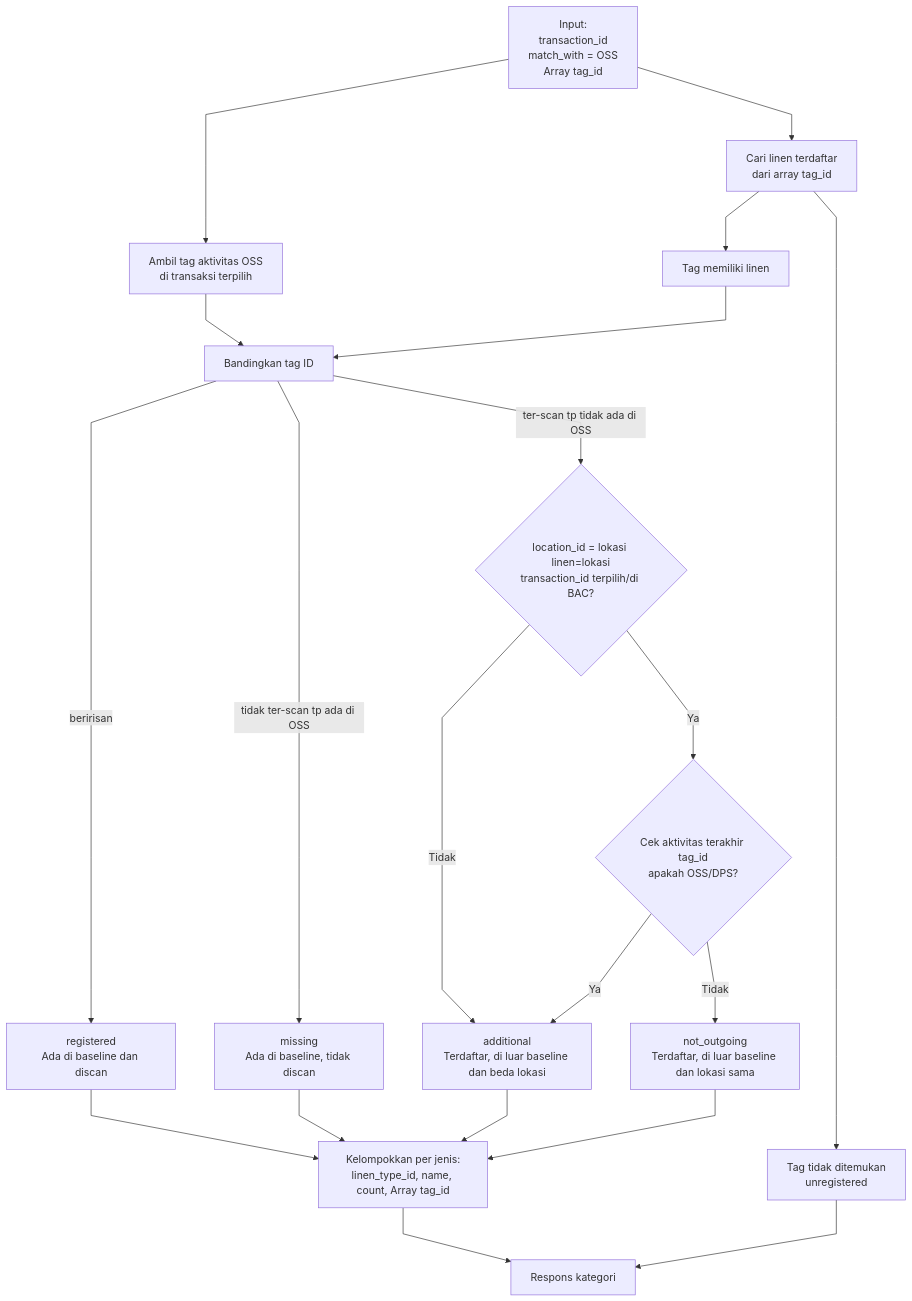
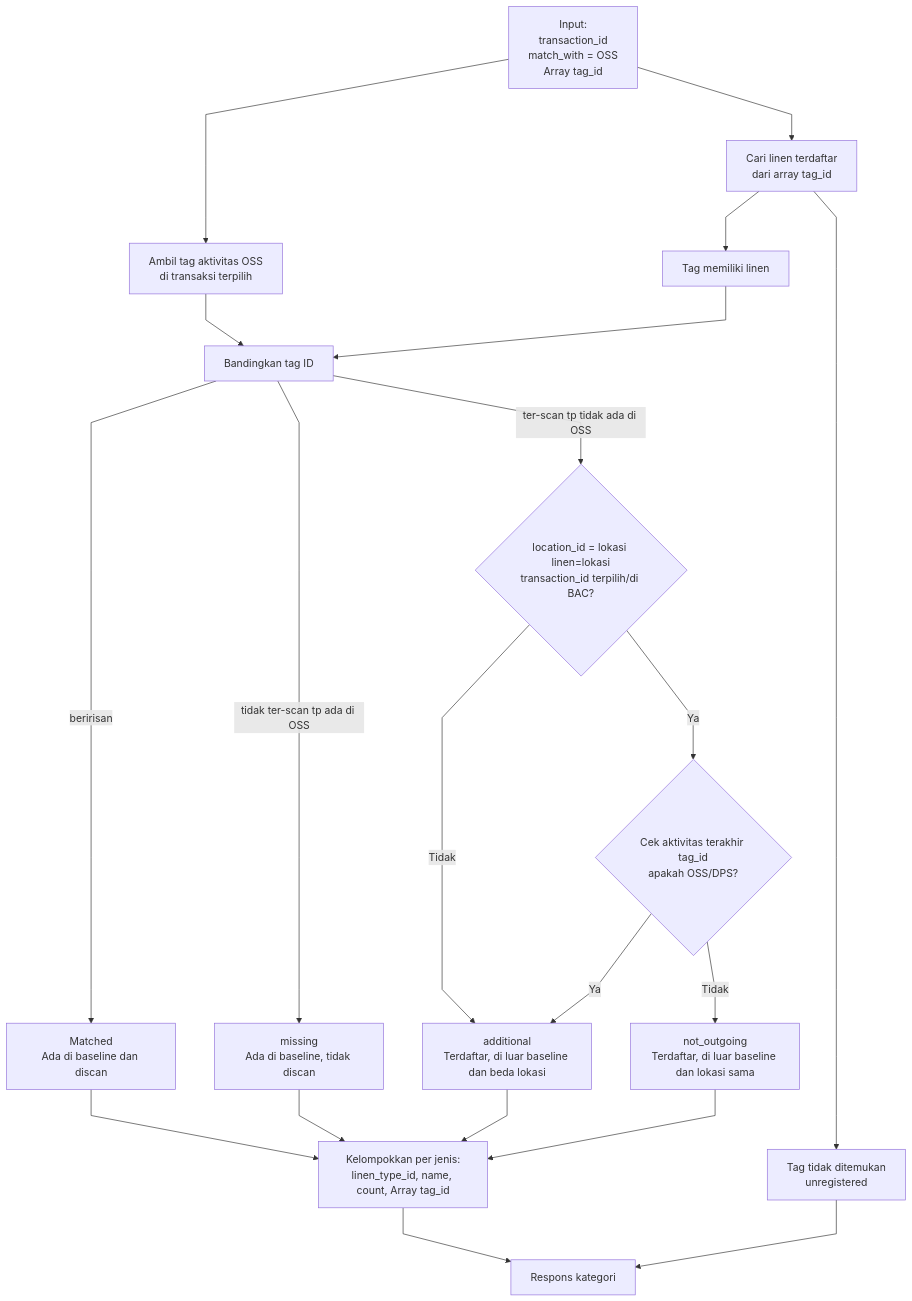
Before and after one commit to bagaskrmn/bac-flow-laundry: the second of 3 diagrams in laundry-activities/driver-pickup-soil.md, drawn with Mermaid. The commit also changed other lines of this file and 1 other file, not shown here.

Commit message:
fix  OSS dan DPS

````diff
--- a/laundry-activities/driver-pickup-soil.md
+++ b/laundry-activities/driver-pickup-soil.md
@@ -12,31 +12,31 @@
 ```mermaid
 %%{init: {'flowchart': {'curve': 'linear', 'nodeSpacing': 60, 'rankSpacing': 80, 'diagramPadding': 24}}}%%
 flowchart TD
     N_IN["Input:<br/>transaction_id<br/>match_with = OSS<br/>Array tag_id"]
 
     N_IN --> N_MASTER["Cari linen terdaftar<br/>dari array tag_id"]
     N_MASTER --> N_REGISTERED["Tag memiliki linen"]
     N_MASTER --> N_UNREG["Tag tidak ditemukan<br/>unregistered"]
 
     N_IN --> N_BASE["Ambil tag aktivitas OSS<br/>di transaksi terpilih"]
     N_BASE --> N_COMP["Bandingkan tag ID"]
     N_REGISTERED --> N_COMP
 
-    N_COMP -->|beririsan| N_MATCH["registered<br/>Ada di baseline dan discan"]
+    N_COMP -->|beririsan| N_MATCH["Matched<br/>Ada di baseline dan discan"]
     N_COMP --> |tidak ter-scan tp ada di OSS|N_MISS["missing<br/>Ada di baseline, tidak discan"]
     N_COMP --> |ter-scan tp tidak ada di OSS|N_CHECK_ADD{"location_id = lokasi linen=lokasi<br/>transaction_id terpilih/di BAC?"}
 
     N_CHECK_ADD -->|Ya| N_OSSDPS{"Cek aktivitas terakhir tag_id<br/>apakah OSS/DPS?"}
     N_CHECK_ADD -->|Tidak| N_ADD["additional<br/>Terdaftar, di luar baseline dan beda lokasi"]
     N_OSSDPS -->|Ya|N_ADD
     N_OSSDPS -->|Tidak| N_NOT_OUT["not_outgoing<br/>Terdaftar, di luar baseline dan lokasi sama"]
 
     N_MATCH --> N_GROUP["Kelompokkan per jenis:<br/>linen_type_id, name, count, Array tag_id"]
     N_MISS --> N_GROUP
     N_ADD --> N_GROUP
     N_NOT_OUT --> N_GROUP
     N_GROUP --> N_RES["Respons kategori"]
     N_UNREG --> N_RES
 
     class N_CHECK_ADD,N_NOT_OUT,N_OSSDPS danger
 ```
````
